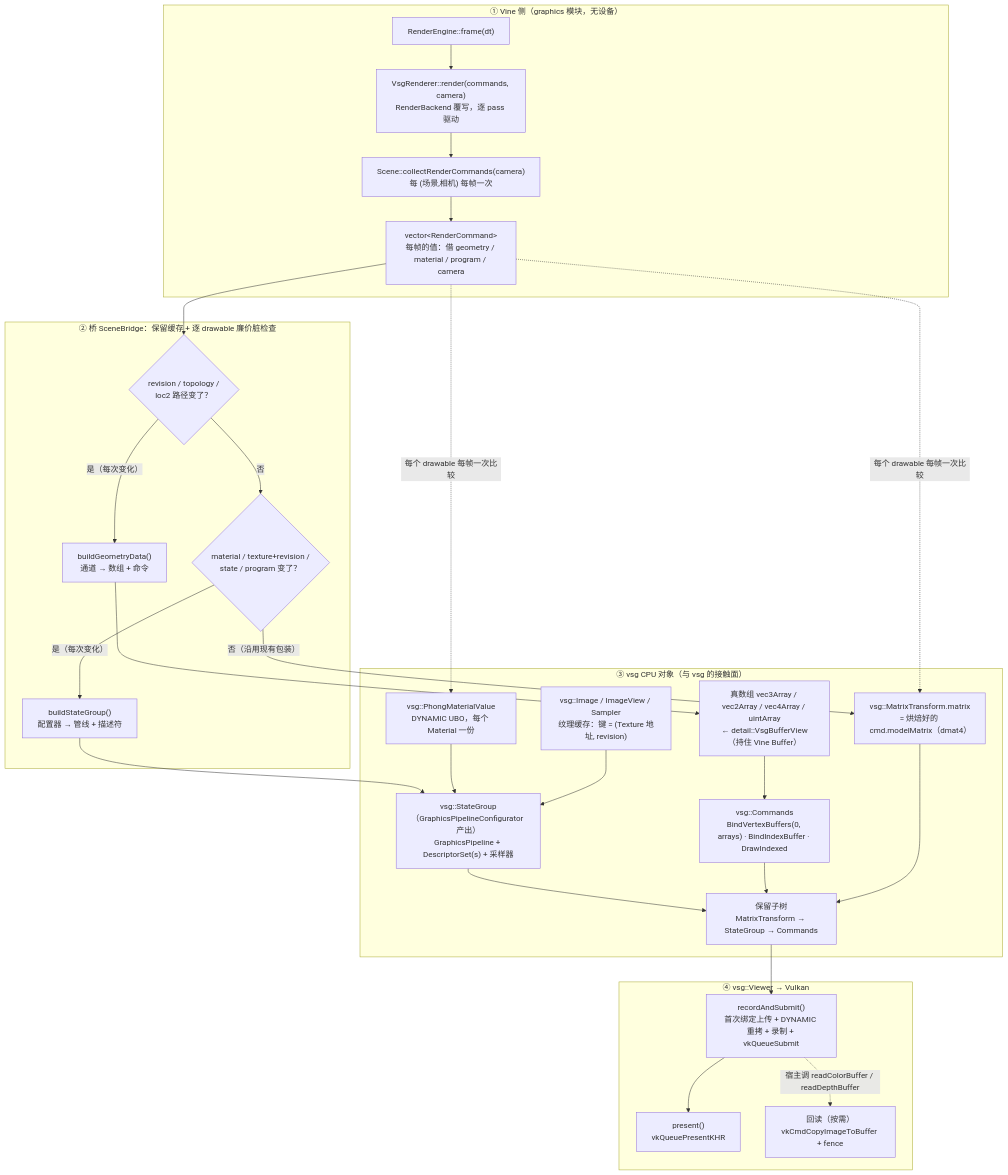
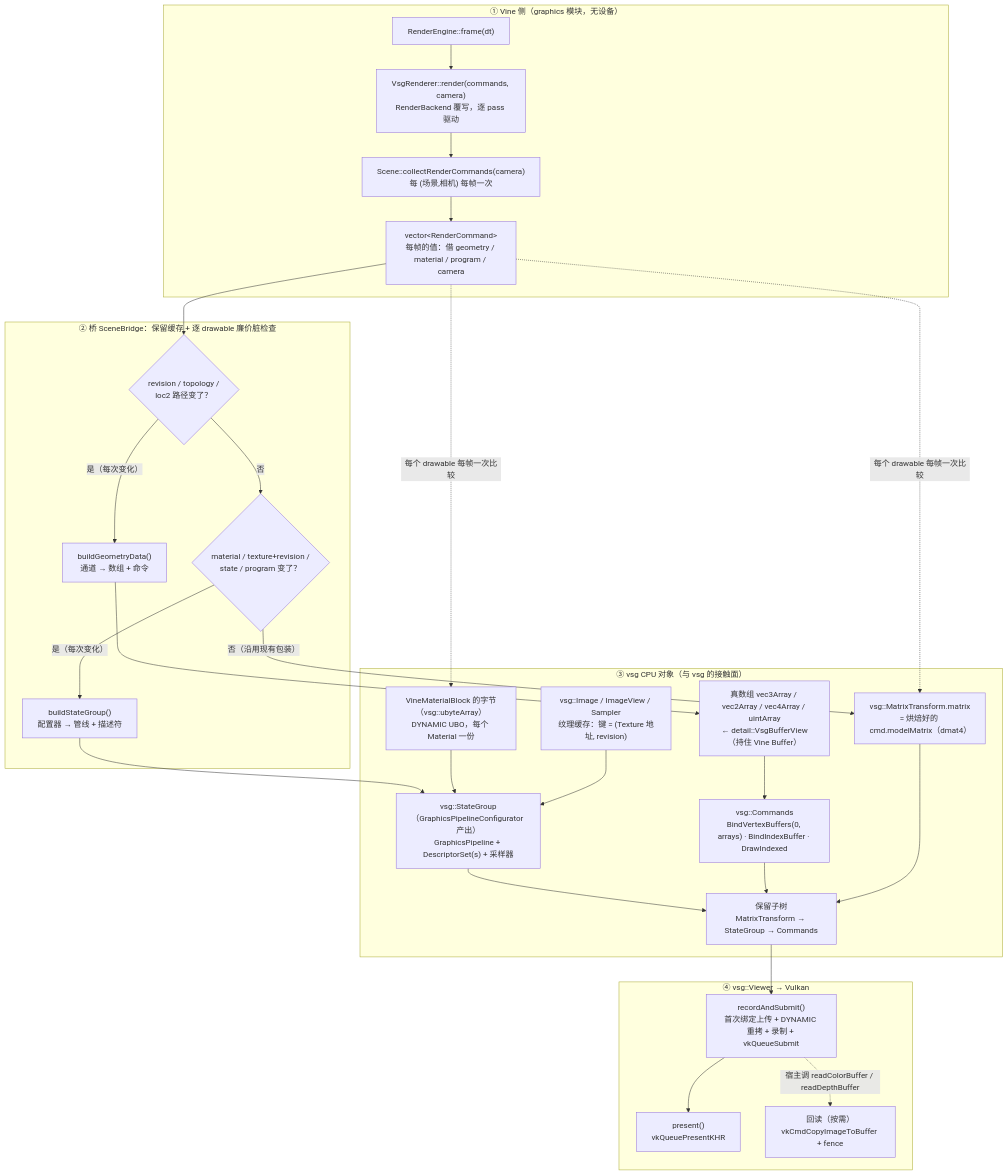
Before and after one commit to lonelyong/Vine: the diagram in src/plugins/gfx_backend_vsg/docs/backend.md, drawn with Mermaid. The commit also changed other lines of this file and 12 other files, not shown here.

````diff
--- a/src/plugins/gfx_backend_vsg/docs/backend.md
+++ b/src/plugins/gfx_backend_vsg/docs/backend.md
@@ -47,47 +47,47 @@
 ```mermaid
 graph TB
     subgraph L1["① Vine 侧（graphics 模块，无设备）"]
         E["RenderEngine::frame(dt)"]
         R["VsgRenderer::render(commands, camera)<br/>RenderBackend 覆写，逐 pass 驱动"]
         S["Scene::collectRenderCommands(camera)<br/>每 (场景,相机) 每帧一次"]
         C["vector&lt;RenderCommand&gt;<br/>每帧的值：借 geometry / material / program / camera"]
     end
 
     subgraph L2["② 桥 SceneBridge：保留缓存 + 逐 drawable 廉价脏检查"]
         K1{"revision / topology /<br/>loc2 路径变了？"}
         KD["buildGeometryData()<br/>通道 → 数组 + 命令"]
         K2{"material / texture+revision /<br/>state / program 变了？"}
         KB["buildStateGroup()<br/>配置器 → 管线 + 描述符"]
     end
 
     subgraph L3["③ vsg CPU 对象（与 vsg 的接触面）"]
         ARR["真数组 vec3Array / vec2Array / vec4Array / uintArray<br/>← detail::VsgBufferView（持住 Vine Buffer）"]
         CMD["vsg::Commands<br/>BindVertexBuffers(0, arrays) · BindIndexBuffer · DrawIndexed"]
         PIPE["vsg::StateGroup（GraphicsPipelineConfigurator 产出）<br/>GraphicsPipeline + DescriptorSet(s) + 采样器"]
-        MAT["vsg::PhongMaterialValue<br/>DYNAMIC UBO，每个 Material 一份"]
+        MAT["VineMaterialBlock 的字节（vsg::ubyteArray）<br/>DYNAMIC UBO，每个 Material 一份"]
         TEX["vsg::Image / ImageView / Sampler<br/>纹理缓存：键 = (Texture 地址, revision)"]
         MT["vsg::MatrixTransform.matrix<br/>= 烘焙好的 cmd.modelMatrix（dmat4）"]
         NODE["保留子树<br/>MatrixTransform → StateGroup → Commands"]
     end
 
     subgraph L4["④ vsg::Viewer → Vulkan"]
         REC["recordAndSubmit()<br/>首次绑定上传 + DYNAMIC 重拷 + 录制 + vkQueueSubmit"]
         PRE["present()<br/>vkQueuePresentKHR"]
         RB["回读（按需）<br/>vkCmdCopyImageToBuffer + fence"]
     end
 
     E --> R --> S --> C --> K1
     K1 -- "是（每次变化）" --> KD --> ARR --> CMD
     K1 -- "否" --> K2
     K2 -- "是（每次变化）" --> KB --> PIPE
     K2 -- "否（沿用现有包装）" --> MT
     C -. "每个 drawable 每帧一次比较" .-> MT
     C -. "每个 drawable 每帧一次比较" .-> MAT
     PIPE --> NODE
     CMD --> NODE
     MT --> NODE
     MAT --> PIPE
     TEX --> PIPE
     NODE --> REC --> PRE
     REC -. "宿主调 readColorBuffer / readDepthBuffer" .-> RB
 ```
````
